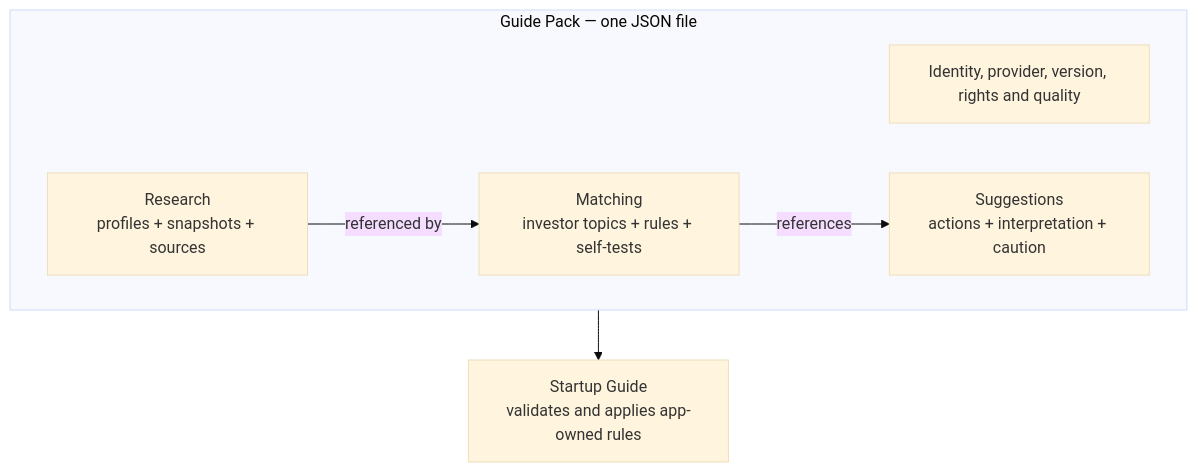
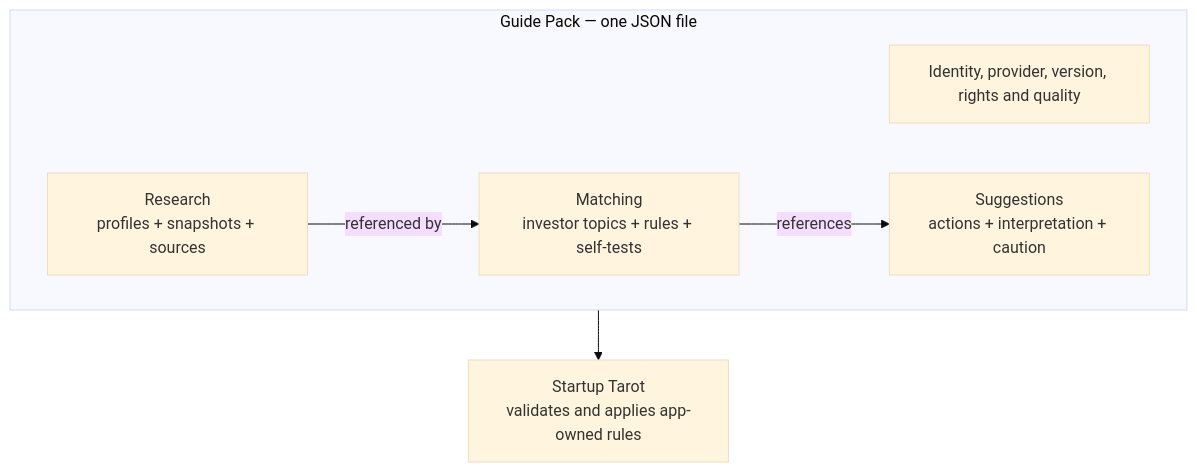
Before and after one commit to hmc62843u/guide-pack-kit: the first of 4 diagrams in PACK_FORMAT.md, drawn with Mermaid (base theme). The commit also changed other lines of this file and 10 other files, not shown here.

First line of the commit message:
Call the app Startup Tarot in kit documentation

````diff
--- a/PACK_FORMAT.md
+++ b/PACK_FORMAT.md
@@ -7,12 +7,12 @@
 ```mermaid
 flowchart TB
     subgraph Pack["Guide Pack — one JSON file"]
         Metadata["Identity, provider, version, rights and quality"]
         Research["Research\nprofiles + snapshots + sources"]
         Matching["Matching\ninvestor topics + rules + self-tests"]
         Suggestions["Suggestions\nactions + interpretation + caution"]
         Research -->|referenced by| Matching
         Matching -->|references| Suggestions
     end
-    Pack --> App["Startup Guide\nvalidates and applies app-owned rules"]
+    Pack --> App["Startup Tarot\nvalidates and applies app-owned rules"]
 ```
````
